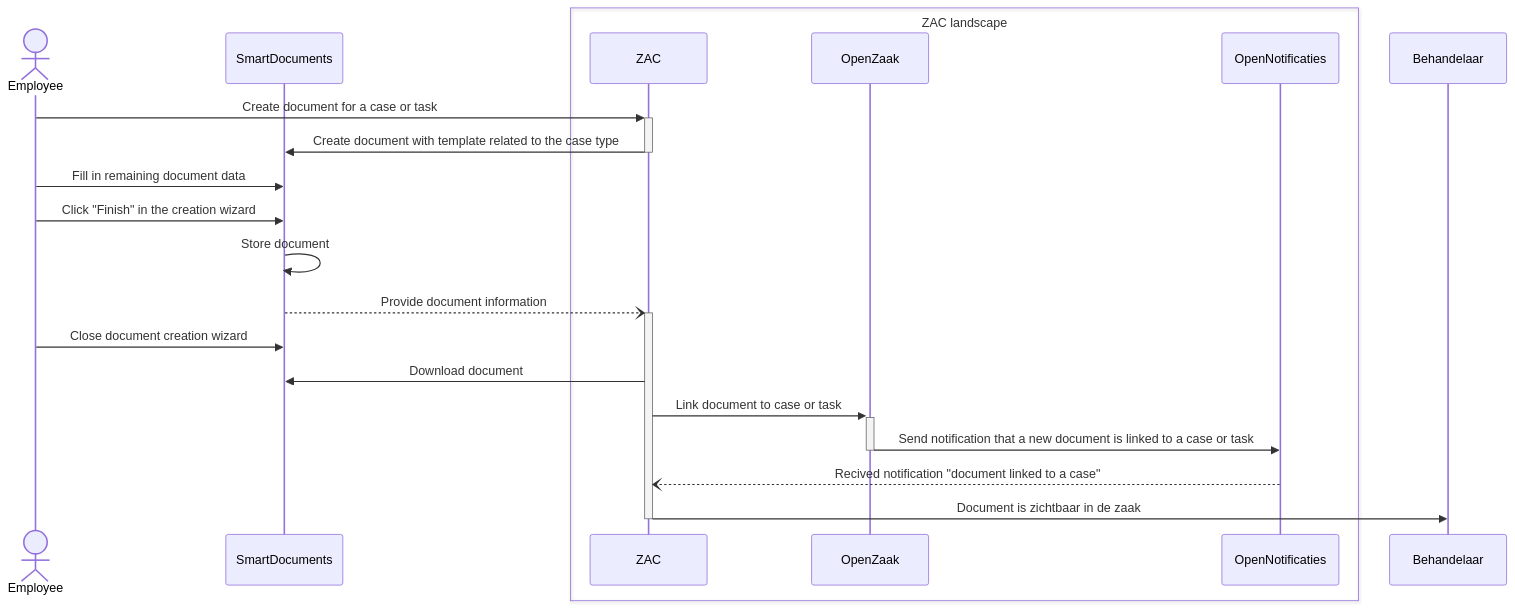
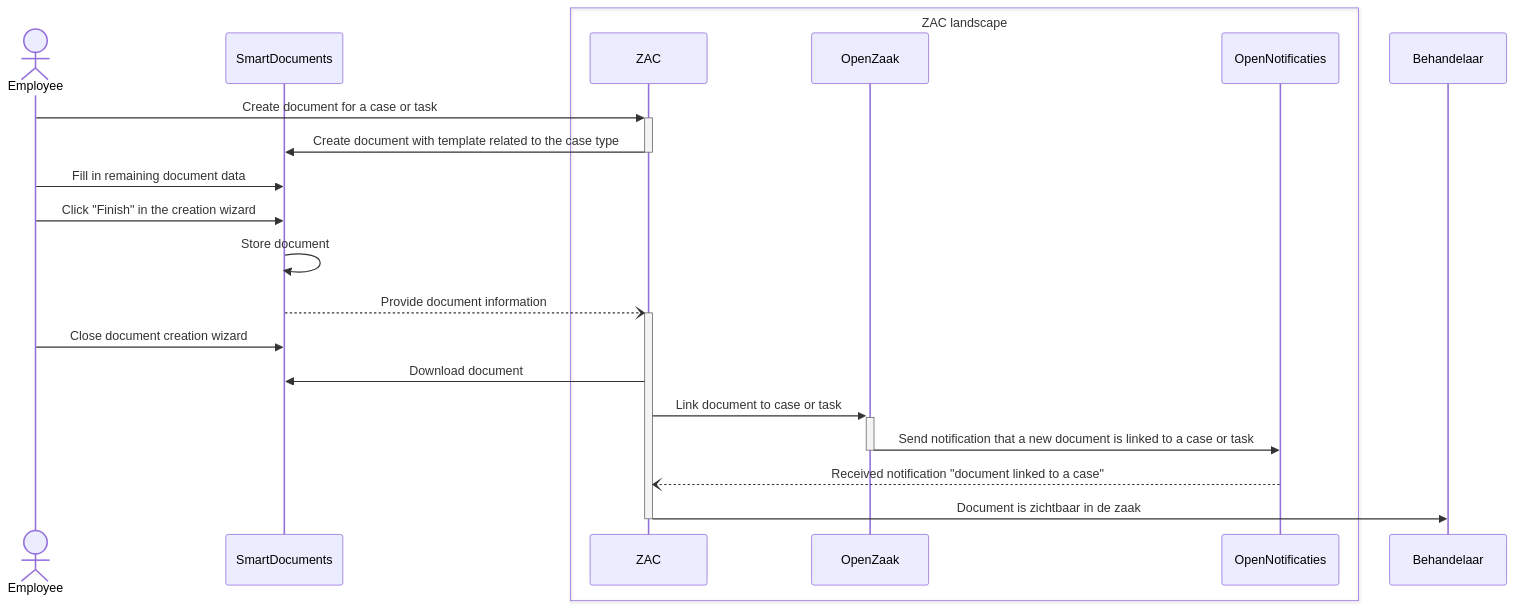
One commit to infonl/dimpact-zaakafhandelcomponent changed the diagram in docs/solution-architecture/smartDocumentsIntegration.md. Above: the diagram before and after it, drawn with Mermaid.

Commit message:
fix: typo in sequence diagram text

````diff
--- a/docs/solution-architecture/smartDocumentsIntegration.md
+++ b/docs/solution-architecture/smartDocumentsIntegration.md
@@ -30,26 +30,26 @@
 ```mermaid
 sequenceDiagram
     actor Employee
     participant SmartDocuments
     box ZAC landscape
         participant ZAC
         participant OpenZaak
         participant OpenNotificaties
     end
     
 Employee->>+ZAC: Create document for a case or task
 ZAC->>SmartDocuments: Create document with template related to the case type
 deactivate ZAC 
 
 Employee->>SmartDocuments: Fill in remaining document data
 Employee->>SmartDocuments: Click "Finish" in the creation wizard
 SmartDocuments->>SmartDocuments: Store document
 SmartDocuments--)+ZAC: Provide document information
 Employee->>SmartDocuments: Close document creation wizard
 
 ZAC->>SmartDocuments: Download document
 ZAC->>+OpenZaak: Link document to case or task
 OpenZaak->>-OpenNotificaties: Send notification that a new document is linked to a case or task
-OpenNotificaties--)ZAC: Recived notification "document linked to a case"
+OpenNotificaties--)ZAC: Received notification "document linked to a case"
 ZAC->>-Behandelaar: Document is zichtbaar in de zaak
 ```
````
